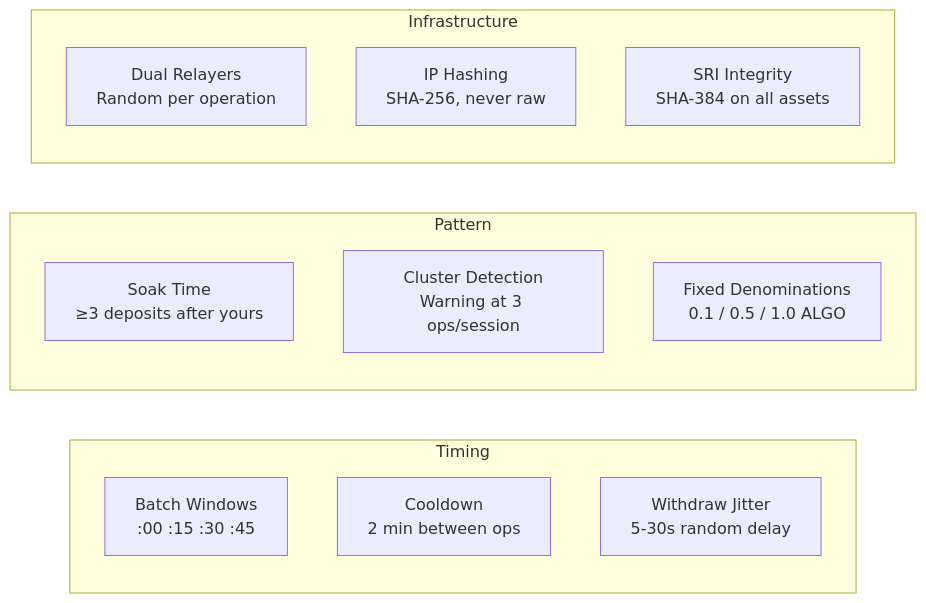
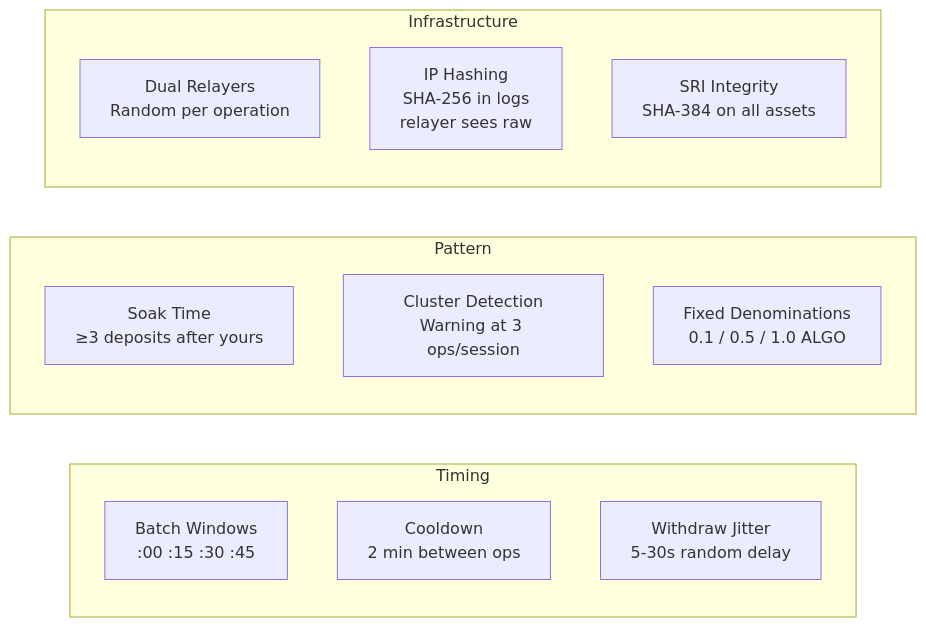
One commit to mitchhall16/2birds-open changed the third of 4 diagrams in README.md. Above: the diagram before and after it, drawn with Mermaid. The commit also changed other lines of this file and 18 other files, not shown here.

````diff
--- a/README.md
+++ b/README.md
@@ -225,20 +243,20 @@
 ```mermaid
 graph LR
     subgraph "Timing"
         BW["Batch Windows<br/>:00 :15 :30 :45"]
         CD["Cooldown<br/>2 min between ops"]
         WJ["Withdraw Jitter<br/>5-30s random delay"]
     end
 
     subgraph "Pattern"
         ST["Soak Time<br/>≥3 deposits after yours"]
         CL["Cluster Detection<br/>Warning at 3 ops/session"]
         FD["Fixed Denominations<br/>0.1 / 0.5 / 1.0 ALGO"]
     end
 
     subgraph "Infrastructure"
         DR["Dual Relayers<br/>Random per operation"]
-        IH["IP Hashing<br/>SHA-256, never raw"]
+        IH["IP Hashing<br/>SHA-256 in logs<br/>relayer sees raw"]
         SR["SRI Integrity<br/>SHA-384 on all assets"]
     end
 ```
````
